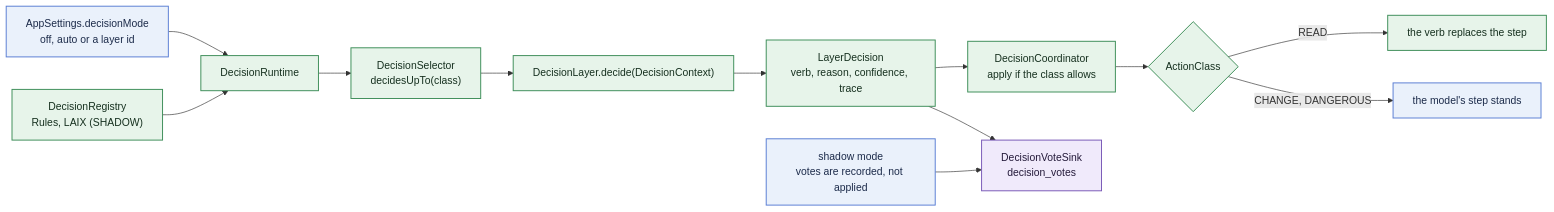
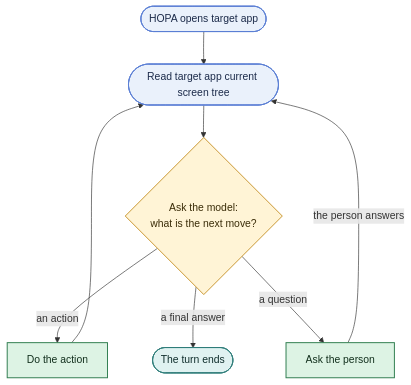
One commit to ChayaLevi/hopa changed the second of 3 diagrams in docs/design/architecture/turn-flow.md. Above: the diagram before and after it, drawn with Mermaid. The commit also changed other lines of this file and 21 other files, not shown here.

First line of the commit message:
docs(architecture): one picture of a turn, shaped like the turn (#138)

````diff
--- a/docs/design/architecture/turn-flow.md
+++ b/docs/design/architecture/turn-flow.md
@@ -176,27 +51,20 @@
 ```mermaid
-flowchart LR
+flowchart TD
+  IN(["HOPA opens target app"]) --> S(["Read target app current screen tree"])
+  S --> R{"Ask the model:<br/>what is the next move?"}
+  ACT["Do the action"]:::execute
+  ACT --> S
+  R -->|"an action"| ACT
+  R -->|"a final answer"| END(["The turn ends"]):::answer
+  R -->|"a question"| Q["Ask the person"]:::execute
+  Q -->|"the person answers"| S
+
   classDef io fill:#EAF1FB,stroke:#5B7FD4,color:#1C2B4A,stroke-width:1.5px
-  classDef core fill:#E7F4EA,stroke:#3F8F5A,color:#16301F,stroke-width:1.5px
   classDef model fill:#FFF4D6,stroke:#C9962F,color:#3A2C08,stroke-width:1.5px
-  classDef result fill:#E0F2F1,stroke:#2F7D7A,color:#0F2E2C,stroke-width:1.5px
-  classDef store fill:#F0EAFB,stroke:#7A5AB8,color:#241A3A,stroke-width:1.5px
-  classDef stop fill:#FBE4E4,stroke:#BF5252,color:#3D1414,stroke-width:1.5px
-  A["AppSettings.decisionMode<br/>off, auto or a layer id"]
-  B["DecisionRegistry<br/>Rules, LAIX (SHADOW)"]
-  A --> C["DecisionRuntime"]
-  B --> C
-  C --> D["DecisionSelector<br/>decidesUpTo(class)"]
-  D --> E["DecisionLayer.decide(DecisionContext)"]
-  E --> F["LayerDecision<br/>verb, reason, confidence, trace"]
-  F --> G["DecisionCoordinator<br/>apply if the class allows"]
-  G --> H{"ActionClass"}
-  H -->|"READ"| H1["the verb replaces the step"]
-  H -->|"CHANGE, DANGEROUS"| H2["the model's step stands"]
-  F --> I["DecisionVoteSink<br/>decision_votes"]
-  J["shadow mode<br/>votes are recorded, not applied"] --> I
+  classDef execute fill:#DDF3E4,stroke:#2F7D4F,color:#12301D,stroke-width:1.5px
+  classDef answer fill:#E0F2F1,stroke:#2F7D7A,color:#0F2E2C,stroke-width:1.5px
+  classDef question fill:#EAF1FB,stroke:#5B7FD4,color:#1C2B4A,stroke-width:1.5px,stroke-dasharray:5 3
 
-
-  class A,H2,J io
-  class B,C,D,E,F,G,H,H1 core
-  class I store
+  class IN,S io
+  class R model
 ```
````
